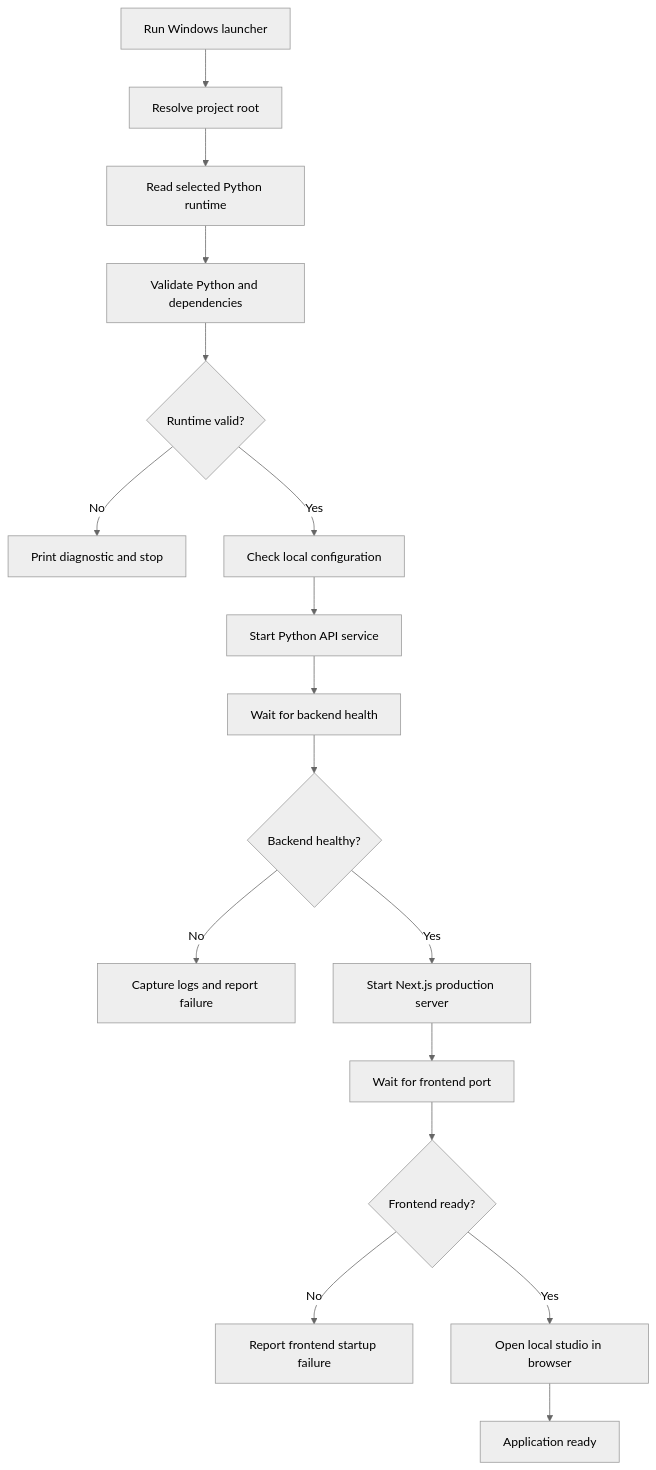
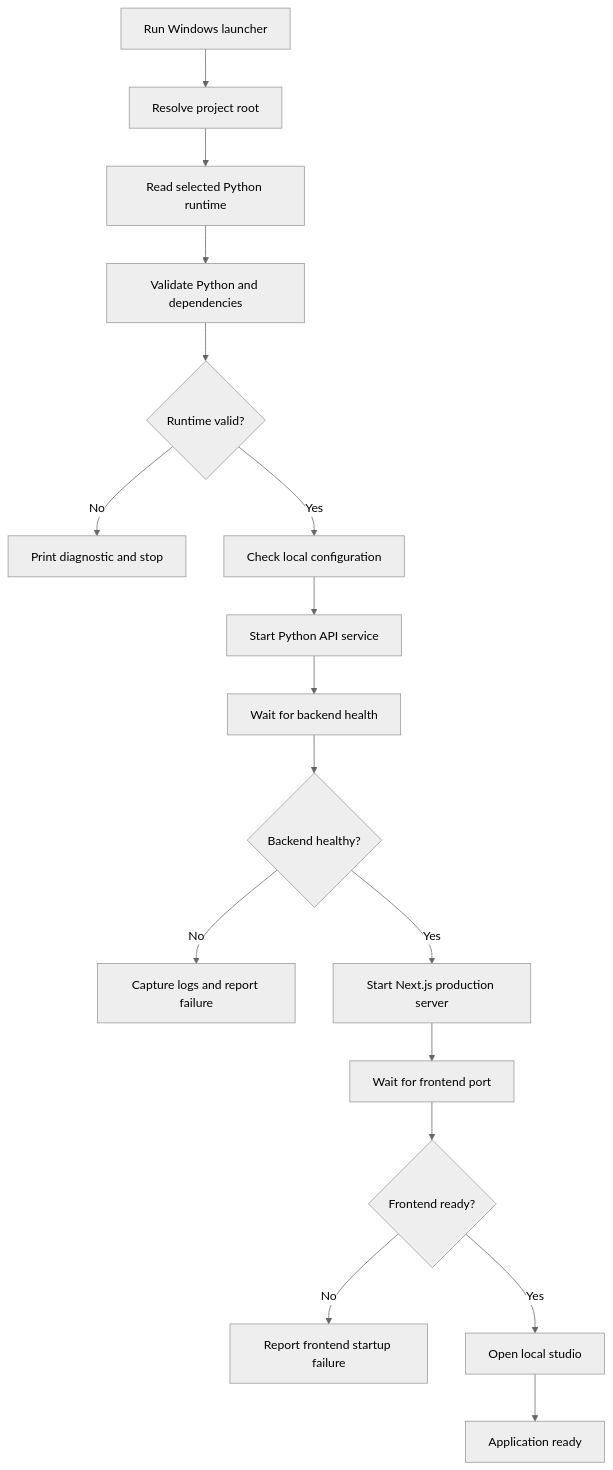
The second of 5 diagrams in README.md (costaspinto/ArkByte-Voice-Studio), drawn with Mermaid (neutral theme) before and after one commit. The commit also changed other lines of this file, not shown here.

Commit message:
docs: redesign ArkByte Voice Studio README

````diff
--- a/README.md
+++ b/README.md
@@ -138,19 +198,19 @@
 ```mermaid
 flowchart TD
     A[Run Windows launcher] --> B[Resolve project root]
     B --> C[Read selected Python runtime]
     C --> D[Validate Python and dependencies]
     D --> E{Runtime valid?}
     E -- No --> X[Print diagnostic and stop]
     E -- Yes --> F[Check local configuration]
     F --> G[Start Python API service]
     G --> H[Wait for backend health]
     H --> I{Backend healthy?}
     I -- No --> Y[Capture logs and report failure]
     I -- Yes --> J[Start Next.js production server]
     J --> K[Wait for frontend port]
     K --> L{Frontend ready?}
     L -- No --> Z[Report frontend startup failure]
-    L -- Yes --> M[Open local studio in browser]
+    L -- Yes --> M[Open local studio]
     M --> N[Application ready]
 ```
````
